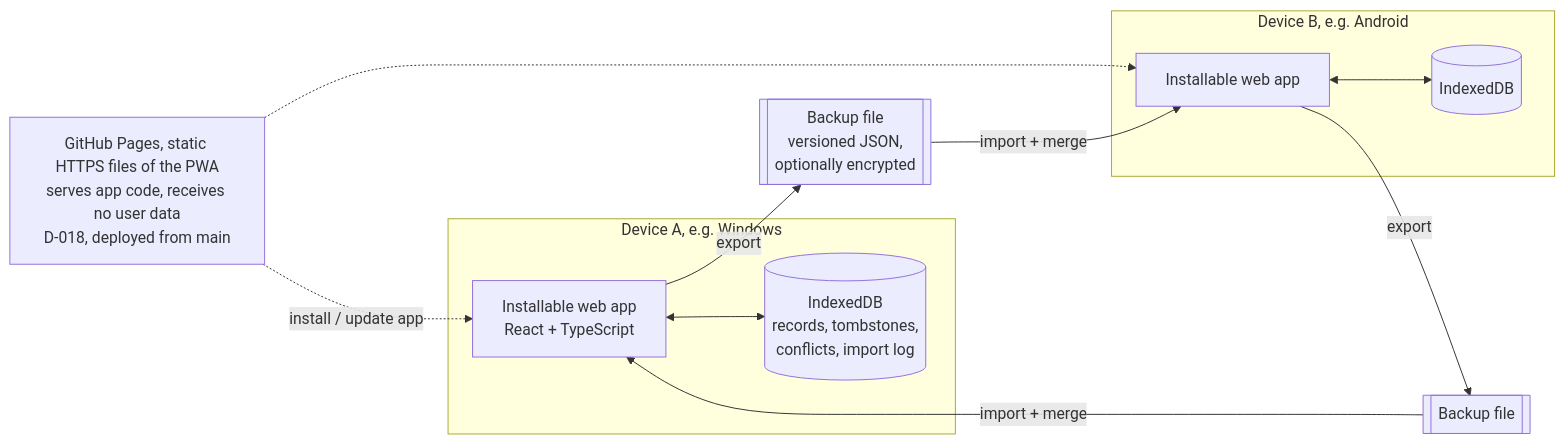
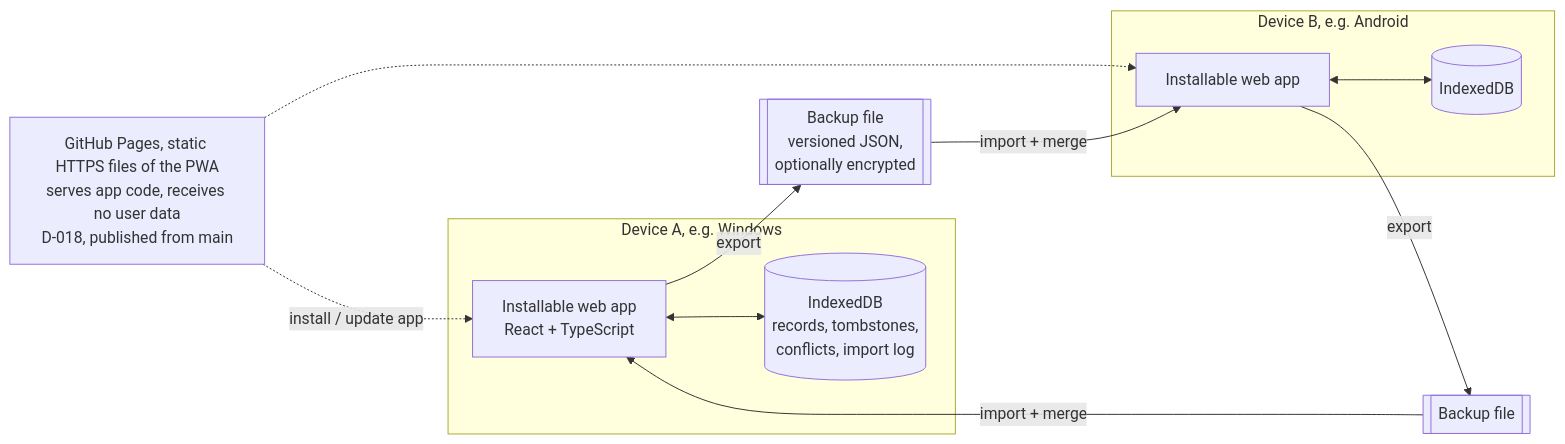
The first of 2 diagrams in docs/ARCHITECTURE.md (moeintorabi90/personal-productivity-system), drawn with Mermaid before and after one commit. The commit also changed other lines of this file and 5 other files, not shown here.

````diff
--- a/docs/ARCHITECTURE.md
+++ b/docs/ARCHITECTURE.md
@@ -9,19 +9,19 @@
 ```mermaid
 flowchart LR
   subgraph DeviceA[Device A, e.g. Windows]
     WebA[Installable web app<br/>React + TypeScript]
     LocalA[(IndexedDB<br/>records, tombstones,<br/>conflicts, import log)]
     WebA <--> LocalA
   end
   subgraph DeviceB[Device B, e.g. Android]
     WebB[Installable web app]
     LocalB[(IndexedDB)]
     WebB <--> LocalB
   end
   WebA -->|export| File[[Backup file<br/>versioned JSON,<br/>optionally encrypted]]
   File -->|import + merge| WebB
   WebB -->|export| File2[[Backup file]]
   File2 -->|import + merge| WebA
-  Host[GitHub Pages, static HTTPS files of the PWA<br/>serves app code, receives no user data<br/>D-018, deployed from main] -.->|install / update app| WebA
+  Host[GitHub Pages, static HTTPS files of the PWA<br/>serves app code, receives no user data<br/>D-018, published from main] -.->|install / update app| WebA
   Host -.-> WebB
 ```
````
